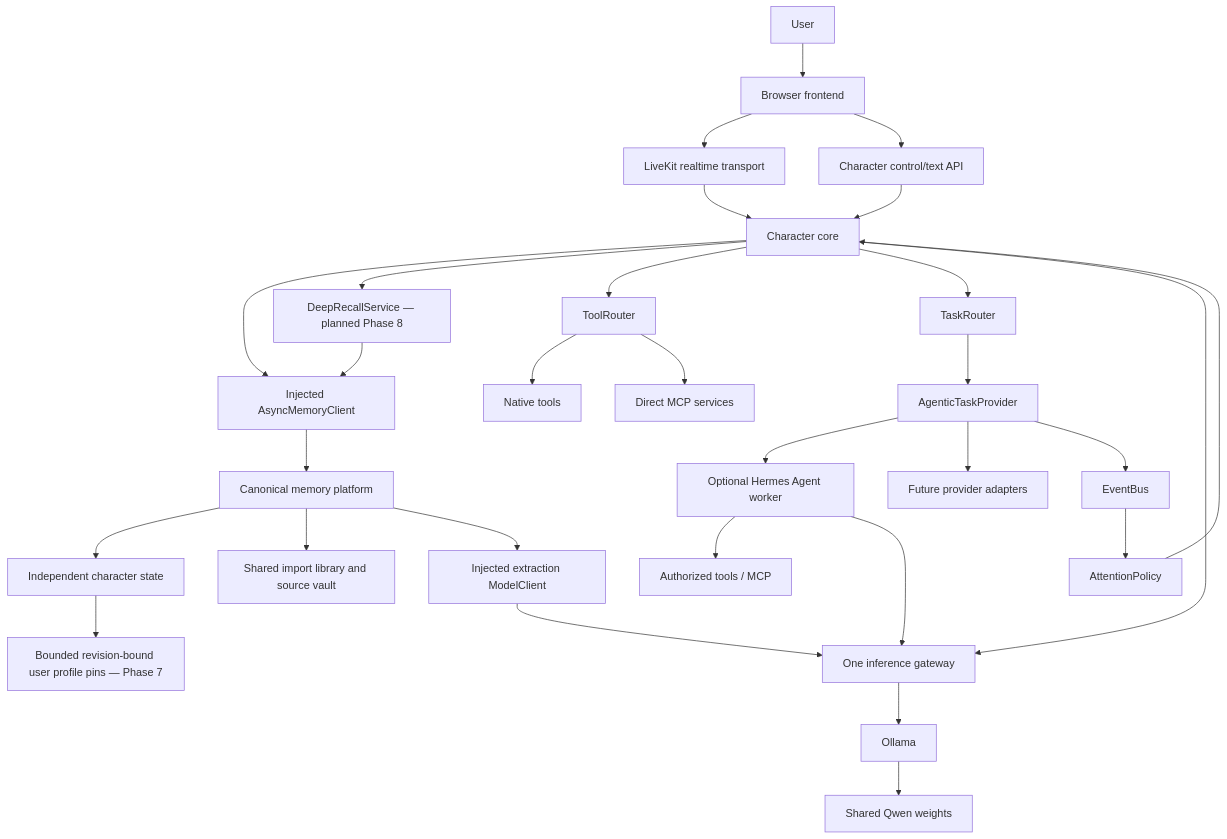
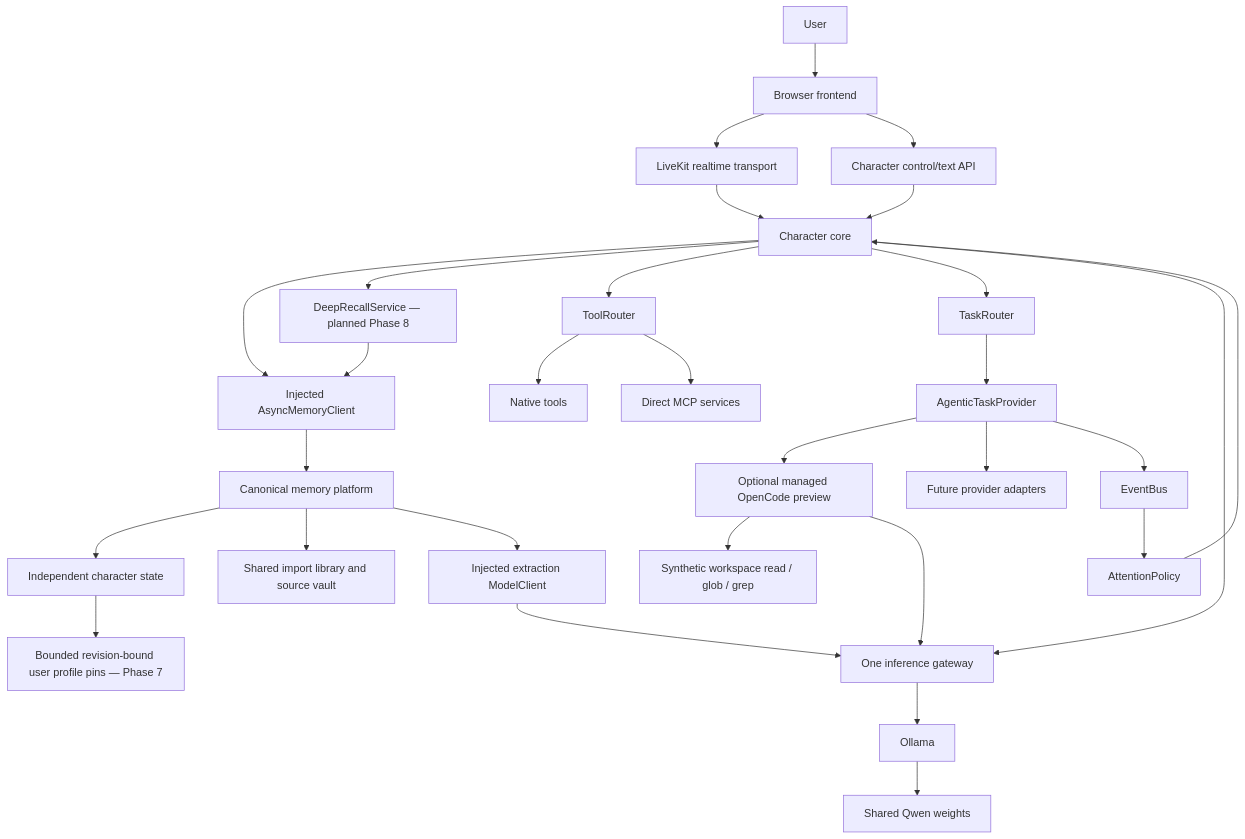
Before and after one commit to booinspace/ember: the second of 4 diagrams in PLAN.md, drawn with Mermaid. The commit also changed other lines of this file and 76 other files, not shown here.

Commit message:
Replace Hermes with managed OpenCode preview and enable read-only memory MCP

````diff
--- a/PLAN.md
+++ b/PLAN.md
@@ -112,37 +112,37 @@
 ```mermaid
 flowchart TD
     User["User"] --> Browser["Browser frontend"]
     Browser --> LiveKit["LiveKit realtime transport"]
     Browser --> API["Character control/text API"]
     LiveKit --> Core["Character core"]
     API --> Core
 
     Core --> MemoryClient["Injected AsyncMemoryClient"]
     Core --> DeepRecall["DeepRecallService — planned Phase 8"]
     DeepRecall --> MemoryClient
     MemoryClient --> Memory["Canonical memory platform"]
     Memory --> Private["Independent character state"]
     Private --> Profile["Bounded revision-bound user profile pins — Phase 7"]
     Memory --> Library["Shared import library and source vault"]
 
     Core --> Tools["ToolRouter"]
     Tools --> Native["Native tools"]
     Tools --> MCP["Direct MCP services"]
 
     Core --> Tasks["TaskRouter"]
     Tasks --> Provider["AgenticTaskProvider"]
-    Provider --> Hermes["Optional Hermes Agent worker"]
+    Provider --> OpenCode["Optional managed OpenCode preview"]
     Provider --> Future["Future provider adapters"]
 
-    Hermes --> WorkerTools["Authorized tools / MCP"]
+    OpenCode --> WorkerTools["Synthetic workspace read / glob / grep"]
     Provider --> Events["EventBus"]
     Events --> Attention["AttentionPolicy"]
     Attention --> Core
 
     Core --> Gateway["One inference gateway"]
-    Hermes --> Gateway
+    OpenCode --> Gateway
     Memory --> ExtractionClient["Injected extraction ModelClient"]
     ExtractionClient --> Gateway
     Gateway --> Ollama["Ollama"]
     Ollama --> Qwen["Shared Qwen weights"]
 ```
````
